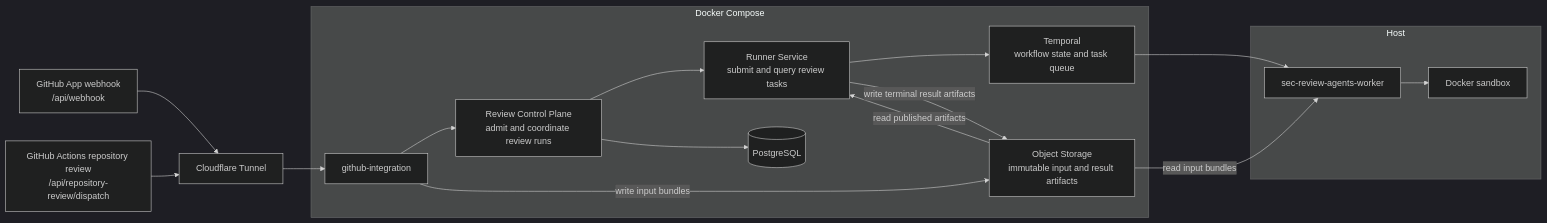
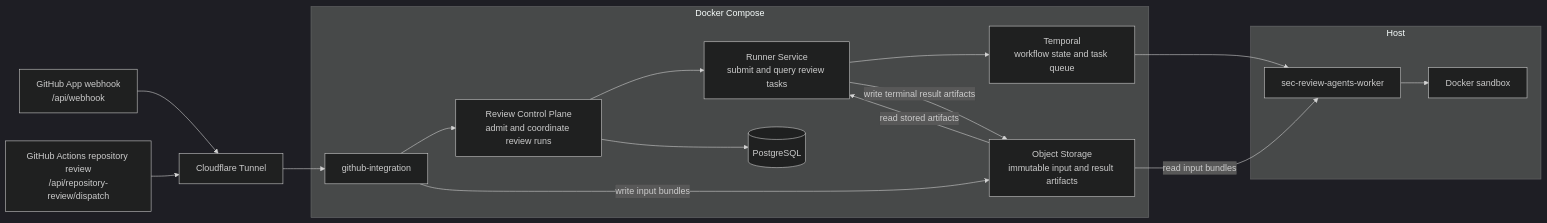
One commit to Agent-AI-Chalmers/sec-review-bot changed the diagram in docs/operations/LOCAL_INTEGRATED_DEPLOYMENT.md. Above: the diagram before and after it, drawn with Mermaid (dark theme). The commit also changed other lines of this file and 49 other files, not shown here.

````diff
--- a/docs/operations/LOCAL_INTEGRATED_DEPLOYMENT.md
+++ b/docs/operations/LOCAL_INTEGRATED_DEPLOYMENT.md
@@ -11,23 +11,23 @@
 ```mermaid
 flowchart LR
     webhook["GitHub App webhook<br/>/api/webhook"] --> tunnel["Cloudflare Tunnel"]
     dispatch["GitHub Actions repository review<br/>/api/repository-review/dispatch"] --> tunnel
 
     subgraph compose["Docker Compose"]
         integration["github-integration"] --> control["Review Control Plane<br/>admit and coordinate review runs"]
         control --> runner["Runner Service<br/>submit and query review tasks"]
         control --> postgres[(PostgreSQL)]
         runner --> temporal["Temporal<br/>workflow state and task queue"]
         integration -->|write input bundles| storage["Object Storage<br/>immutable input and result artifacts"]
         runner -->|write terminal result artifacts| storage
     end
 
     subgraph host["Host"]
         worker["sec-review-agents-worker"] --> sandbox["Docker sandbox"]
     end
 
     tunnel --> integration
     temporal --> worker
     storage -->|read input bundles| worker
-    storage -->|read published artifacts| runner
+    storage -->|read stored artifacts| runner
 ```
````
